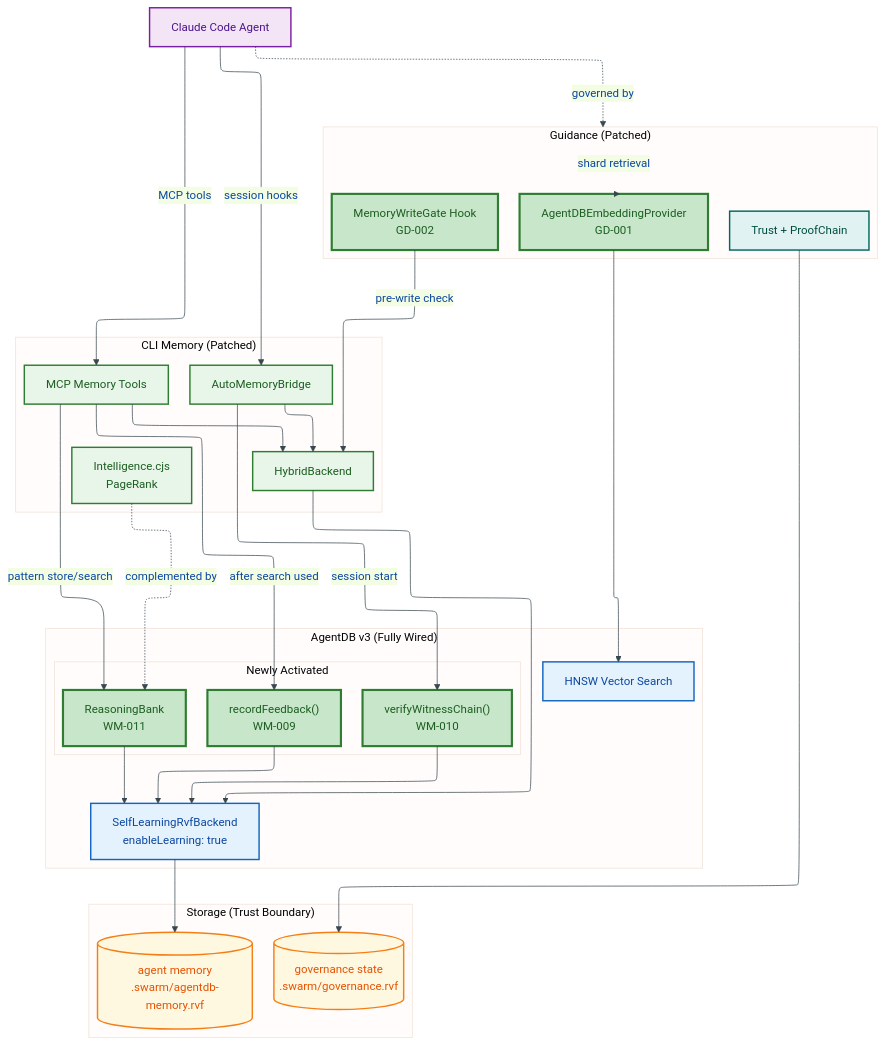
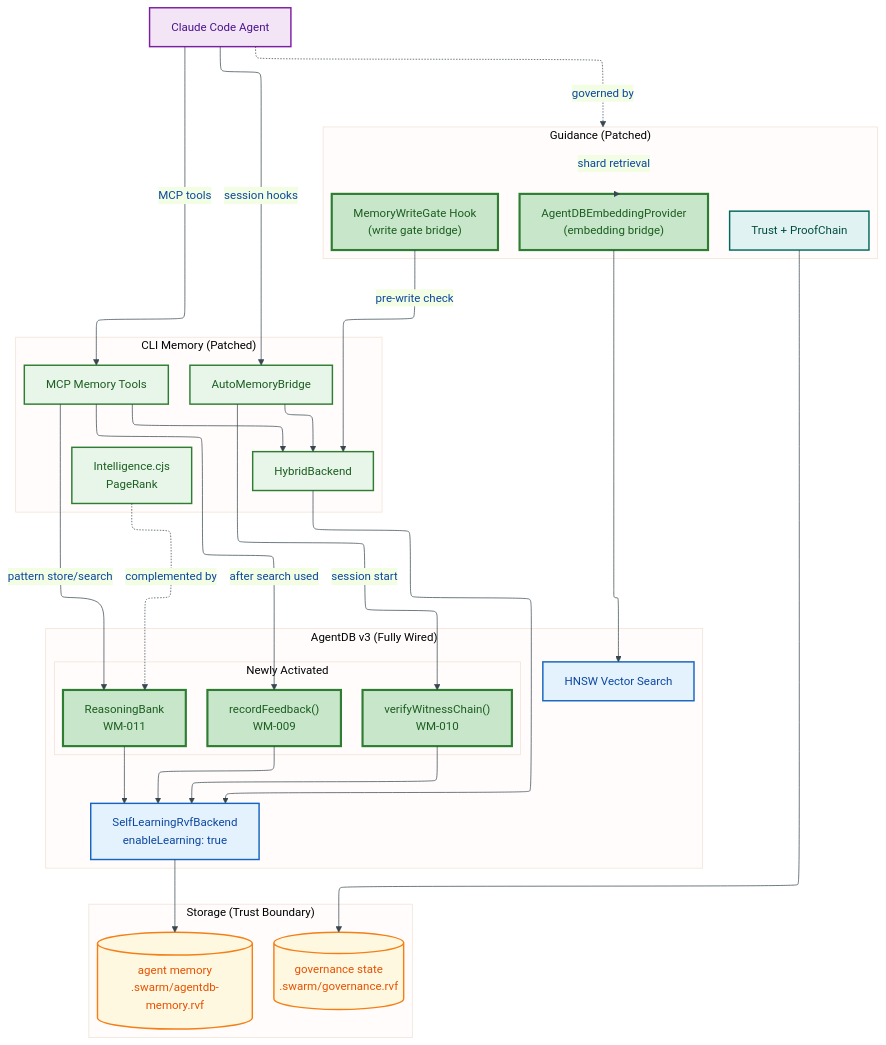
Before and after one commit to sparkling/claude-flow-patch: the third of 3 diagrams in docs/memory-system-analysis.md, drawn with Mermaid. The commit also changed other lines of this file and 48 other files, not shown here.

First line of the commit message:
feat: add guidance memory alignment analysis, ADR-010, implementation plan

```diff
--- a/docs/memory-system-analysis.md
+++ b/docs/memory-system-analysis.md
@@ -236,7 +246,7 @@
 }}%%
 flowchart TB
     accTitle: Target State After Proposed Patches
-    accDescr: Shows WM-009 through GD-002 patches wiring dormant AgentDB features and connecting Guidance to AgentDB embeddings
+    accDescr: Shows WM-009 through WM-012 patches wiring dormant AgentDB features and connecting Guidance to AgentDB embeddings via EmbeddingProvider and MemoryWriteGateHook
 
     classDef service fill:#E8F5E9,stroke:#2E7D32,stroke-width:2px,color:#1B5E20
     classDef data fill:#FFF8E1,stroke:#F57F17,stroke-width:2px,color:#E65100
@@ -270,8 +280,8 @@
 
     subgraph Guidance["Guidance (Patched)"]
         direction TB
-        Embed["AgentDBEmbeddingProvider<br/>GD-001"]:::newpatch
-        Gate["MemoryWriteGate Hook<br/>GD-002"]:::newpatch
+        Embed["AgentDBEmbeddingProvider<br/>(embedding bridge)"]:::newpatch
+        Gate["MemoryWriteGate Hook<br/>(write gate bridge)"]:::newpatch
         Trust["Trust + ProofChain"]:::security
     end
 
@@ -300,11 +310,11 @@
     MCP -->|"pattern store/search"| Reasoning
     Reasoning --> SelfLearn
 
-    %% GD-001: Embedding provider
+    %% Embedding provider bridge (EmbeddingProvider)
     Guidance -->|"shard retrieval"| Embed
     Embed --> HNSW
 
-    %% GD-002: Write gate
+    %% Write gate bridge (MemoryWriteGateHook)
     Gate -->|"pre-write check"| Hybrid
 
     SelfLearn --> AgentRVF
```
